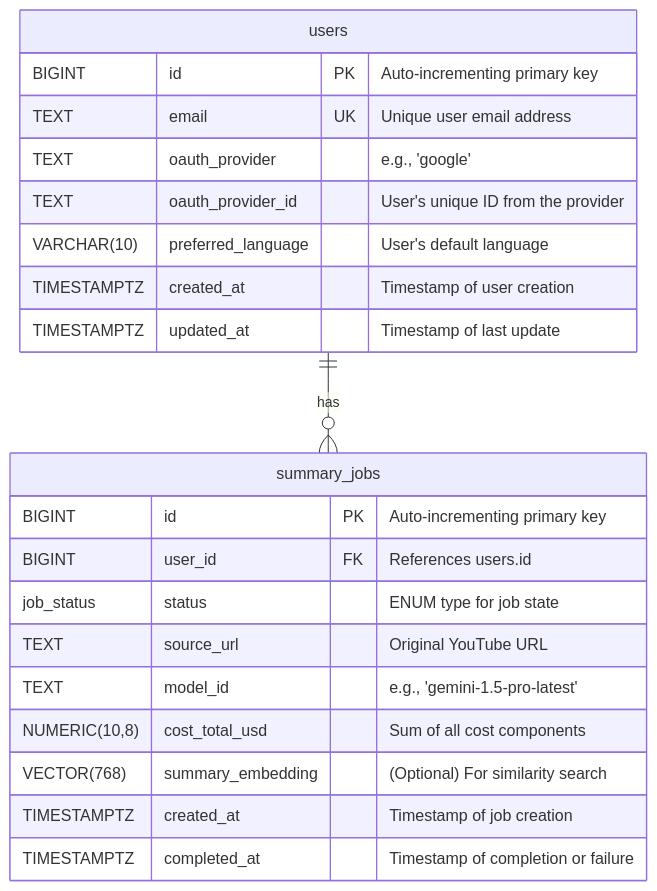
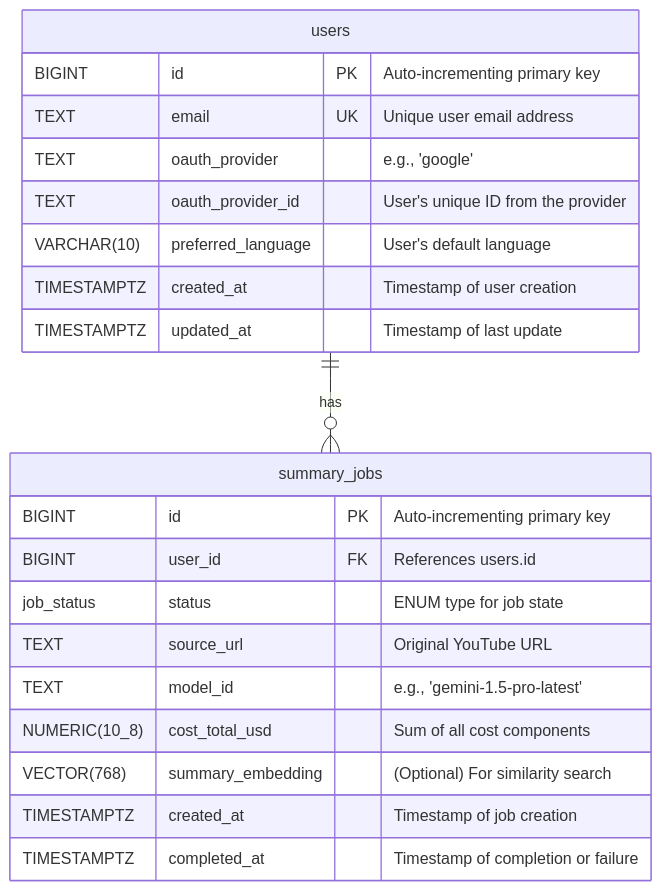
The diagram in example/164_fasthtml_plan/plan/r34_database_erd.md (plops/cl-py-generator), drawn with Mermaid before and after one commit.

````diff
--- a/example/164_fasthtml_plan/plan/r34_database_erd.md
+++ b/example/164_fasthtml_plan/plan/r34_database_erd.md
@@ -11,27 +11,27 @@
 ```mermaid
 erDiagram
     users {
         BIGINT id PK "Auto-incrementing primary key"
         TEXT email UK "Unique user email address"
         TEXT oauth_provider "e.g., 'google'"
         TEXT oauth_provider_id "User's unique ID from the provider"
         VARCHAR(10) preferred_language "User's default language"
         TIMESTAMPTZ created_at "Timestamp of user creation"
         TIMESTAMPTZ updated_at "Timestamp of last update"
     }
 
     summary_jobs {
         BIGINT id PK "Auto-incrementing primary key"
         BIGINT user_id FK "References users.id"
         job_status status "ENUM type for job state"
         TEXT source_url "Original YouTube URL"
         TEXT model_id "e.g., 'gemini-1.5-pro-latest'"
-        NUMERIC(10,8) cost_total_usd "Sum of all cost components"
+        NUMERIC(10_8) cost_total_usd "Sum of all cost components"
         VECTOR(768) summary_embedding "(Optional) For similarity search"
         TIMESTAMPTZ created_at "Timestamp of job creation"
         TIMESTAMPTZ completed_at "Timestamp of completion or failure"
     }
 
     users ||--o{ summary_jobs : "has"
 
 ```
````
